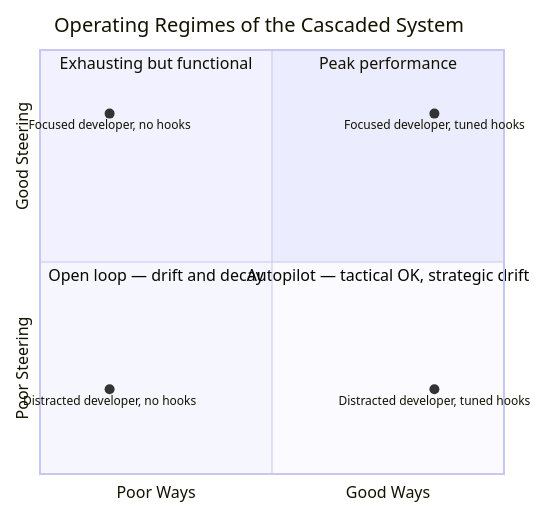
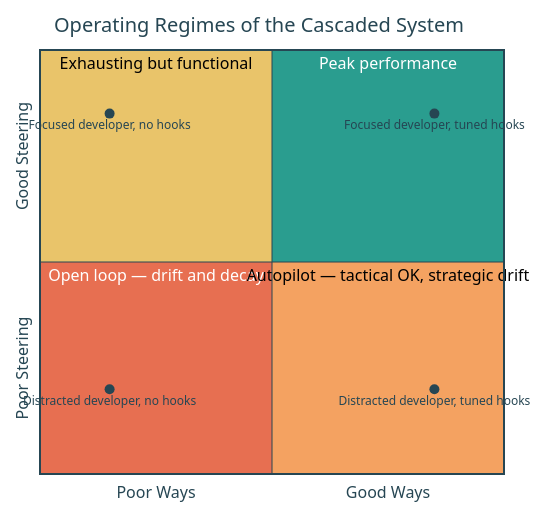
One commit to Cprime-Artificial-Intelligence/claude-code-config changed the fourth of 4 diagrams in docs/hooks-and-ways/context-decay-formal-foundations.md. Above: the diagram before and after it, drawn with Mermaid. The commit also changed other lines of this file, not shown here.

Commit message:
fix(docs): add explicit text colors to Mermaid diagrams for dark/light mode contrast

````diff
--- a/docs/hooks-and-ways/context-decay-formal-foundations.md
+++ b/docs/hooks-and-ways/context-decay-formal-foundations.md
@@ -295,14 +295,15 @@
 ```mermaid
+%%{init: {"theme": "base", "themeVariables": {"quadrant1Fill": "#2a9d8f", "quadrant2Fill": "#e9c46a", "quadrant3Fill": "#e76f51", "quadrant4Fill": "#f4a261", "quadrant1TextFill": "#fff", "quadrant2TextFill": "#000", "quadrant3TextFill": "#fff", "quadrant4TextFill": "#000", "quadrantPointFill": "#264653", "quadrantPointTextFill": "#264653", "quadrantXAxisTextFill": "#264653", "quadrantYAxisTextFill": "#264653", "quadrantTitleFill": "#264653", "quadrantExternalBorderStrokeFill": "#264653", "quadrantInternalBorderStrokeFill": "#264653"}}}%%
 quadrantChart
     title Operating Regimes of the Cascaded System
     x-axis "Poor Ways" --> "Good Ways"
     y-axis "Poor Steering" --> "Good Steering"
     quadrant-1 "Peak performance"
     quadrant-2 "Exhausting but functional"
     quadrant-3 "Open loop — drift and decay"
     quadrant-4 "Autopilot — tactical OK, strategic drift"
     "Focused developer, tuned hooks": [0.85, 0.85]
     "Focused developer, no hooks": [0.15, 0.85]
     "Distracted developer, tuned hooks": [0.85, 0.20]
     "Distracted developer, no hooks": [0.15, 0.20]
 ```
````
